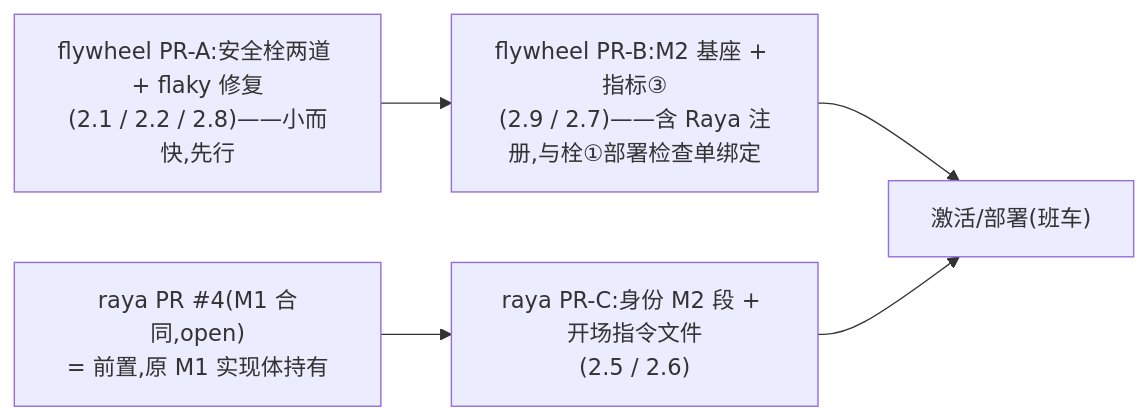
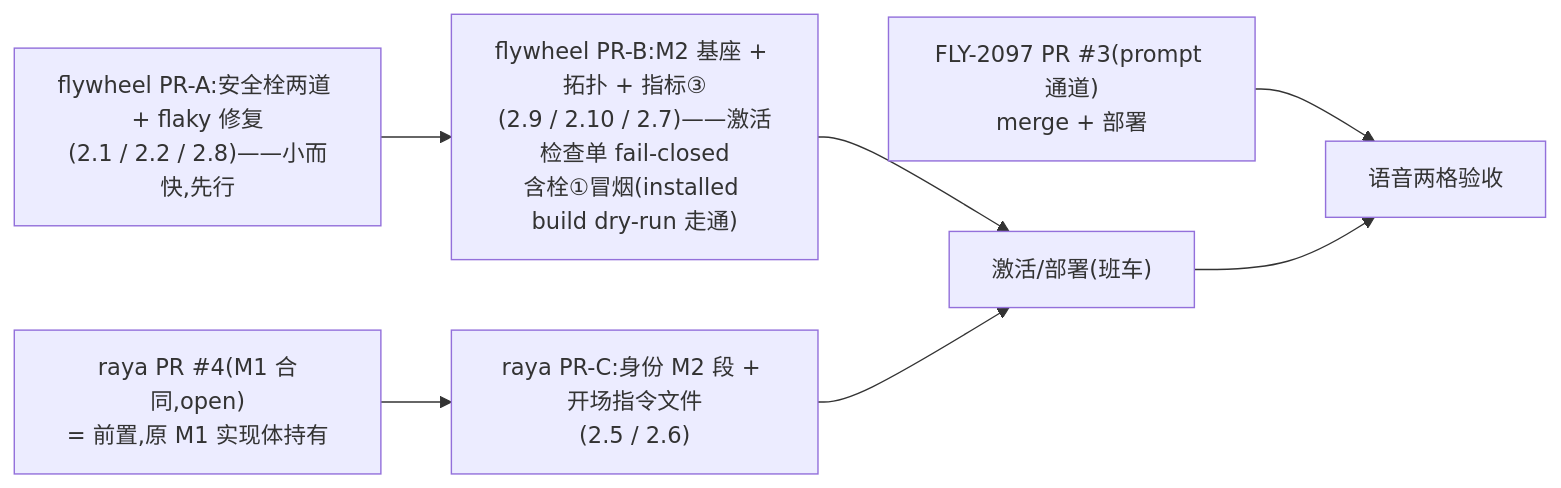
Before and after one commit to xrliAnnie/flywheel-qa-sandbox: the second of 2 diagrams in engineering/doc/FLY-2131-raya-brain-absorb/plan.md, drawn with Mermaid. The commit also changed other lines of this file and 1 other file, not shown here.

First line of the commit message:
docs(FLY-2131): plan rev2 — adopt Codex R1 (topology, crash windows, reporting contract, voice channel prereq, activation shape, mutating-path checks)

````diff
--- a/engineering/doc/FLY-2131-raya-brain-absorb/plan.md
+++ b/engineering/doc/FLY-2131-raya-brain-absorb/plan.md
@@ -120,7 +142,9 @@
 ```mermaid
 flowchart LR
+  PA["flywheel PR-A:安全栓两道 + flaky 修复<br/>(2.1 / 2.2 / 2.8)——小而快,先行"] --> PB
+  PB["flywheel PR-B:M2 基座 + 拓扑 + 指标③<br/>(2.9 / 2.10 / 2.7)——激活检查单 fail-closed<br/>含栓①冒烟(installed build dry-run 走通)"] --> ACT["激活/部署(班车)"]
   P4["raya PR #4(M1 合同,open)<br/>= 前置,原 M1 实现体持有"] --> PC
-  PA["flywheel PR-A:安全栓两道 + flaky 修复<br/>(2.1 / 2.2 / 2.8)——小而快,先行"] --> PB
-  PB["flywheel PR-B:M2 基座 + 指标③<br/>(2.9 / 2.7)——含 Raya 注册,与栓①部署检查单绑定"] --> ACT["激活/部署(班车)"]
   PC["raya PR-C:身份 M2 段 + 开场指令文件<br/>(2.5 / 2.6)"] --> ACT
+  P97["FLY-2097 PR #3(prompt 通道)<br/>merge + 部署"] --> VACC["语音两格验收"]
+  ACT --> VACC
 ```
````
